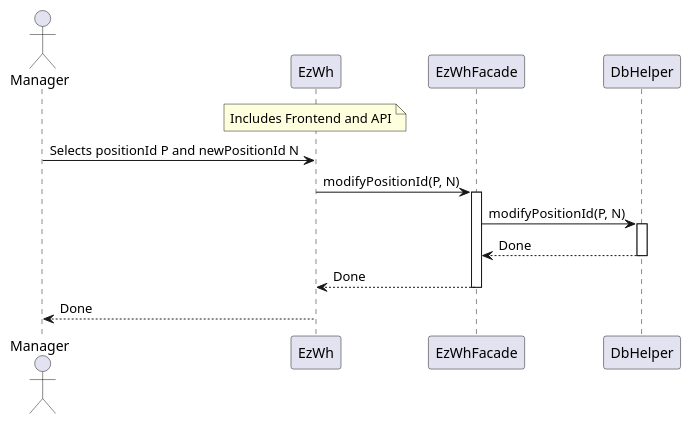
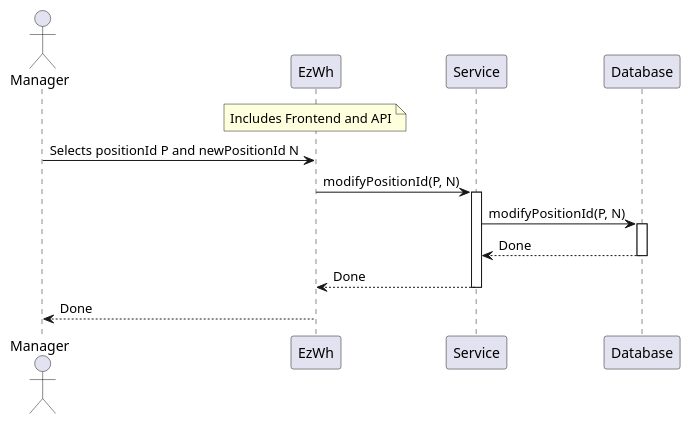
One commit to giuseppe-dandrea/EzWh changed the fifth of 12 diagrams in DesignDocument.md. Above: the diagram before and after it, drawn with PlantUML. The commit also changed other lines of this file and 3 other files, not shown here.

````diff
--- a/DesignDocument.md
+++ b/DesignDocument.md
@@ -641,18 +634,18 @@
 ```plantuml
 actor Manager
 participant EzWh
 note over EzWh: Includes Frontend and API
-participant EzWhFacade
-participant DbHelper
+participant Service
+participant Database
 
 Manager -> EzWh: Selects positionId P and newPositionId N
-EzWh -> EzWhFacade: modifyPositionId(P, N)
-activate EzWhFacade
-EzWhFacade -> DbHelper : modifyPositionId(P, N)
-activate DbHelper
-DbHelper --> EzWhFacade : Done
-deactivate DbHelper
-EzWhFacade --> EzWh : Done
-deactivate EzWhFacade
+EzWh -> Service: modifyPositionId(P, N)
+activate Service
+Service -> Database : modifyPositionId(P, N)
+activate Database
+Database --> Service : Done
+deactivate Database
+Service --> EzWh : Done
+deactivate Service
 EzWh --> Manager : Done
 ```
````
